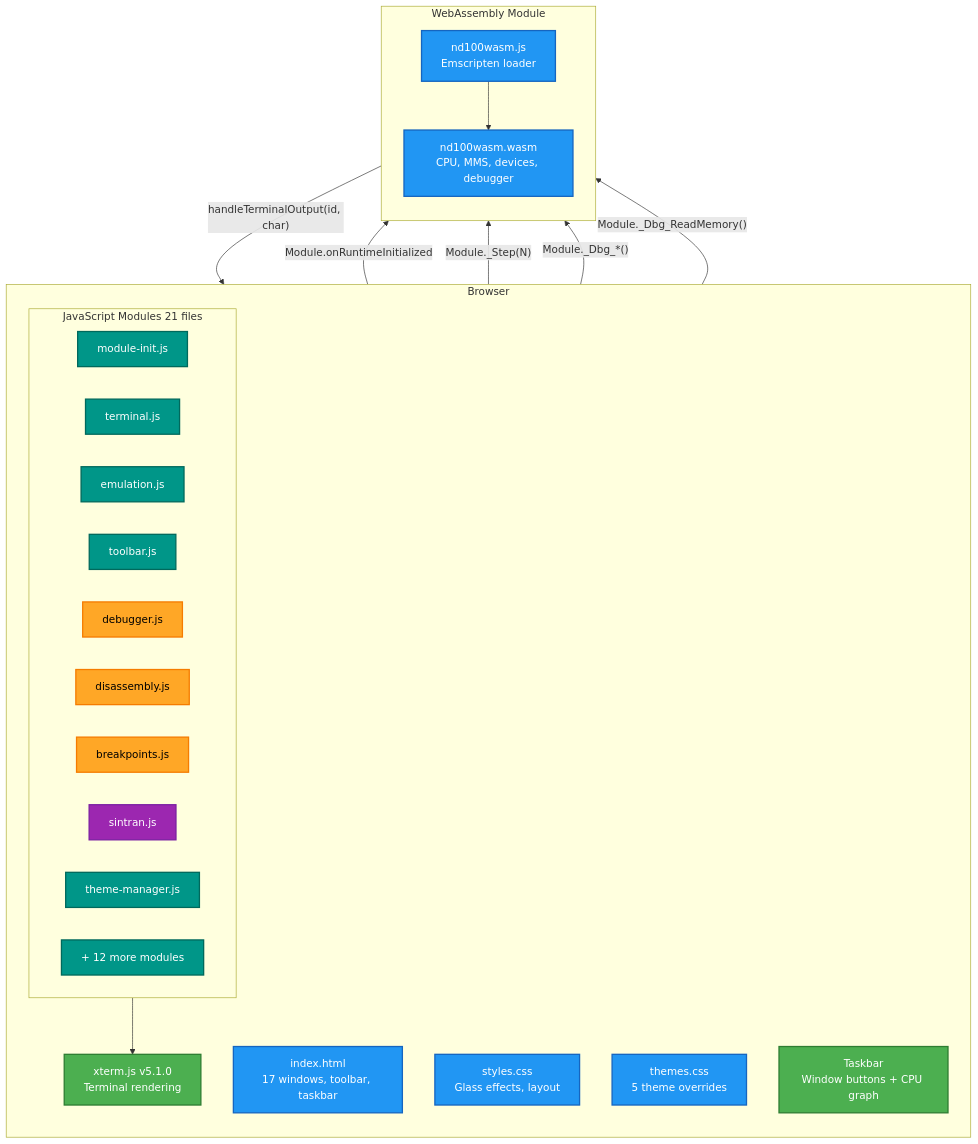
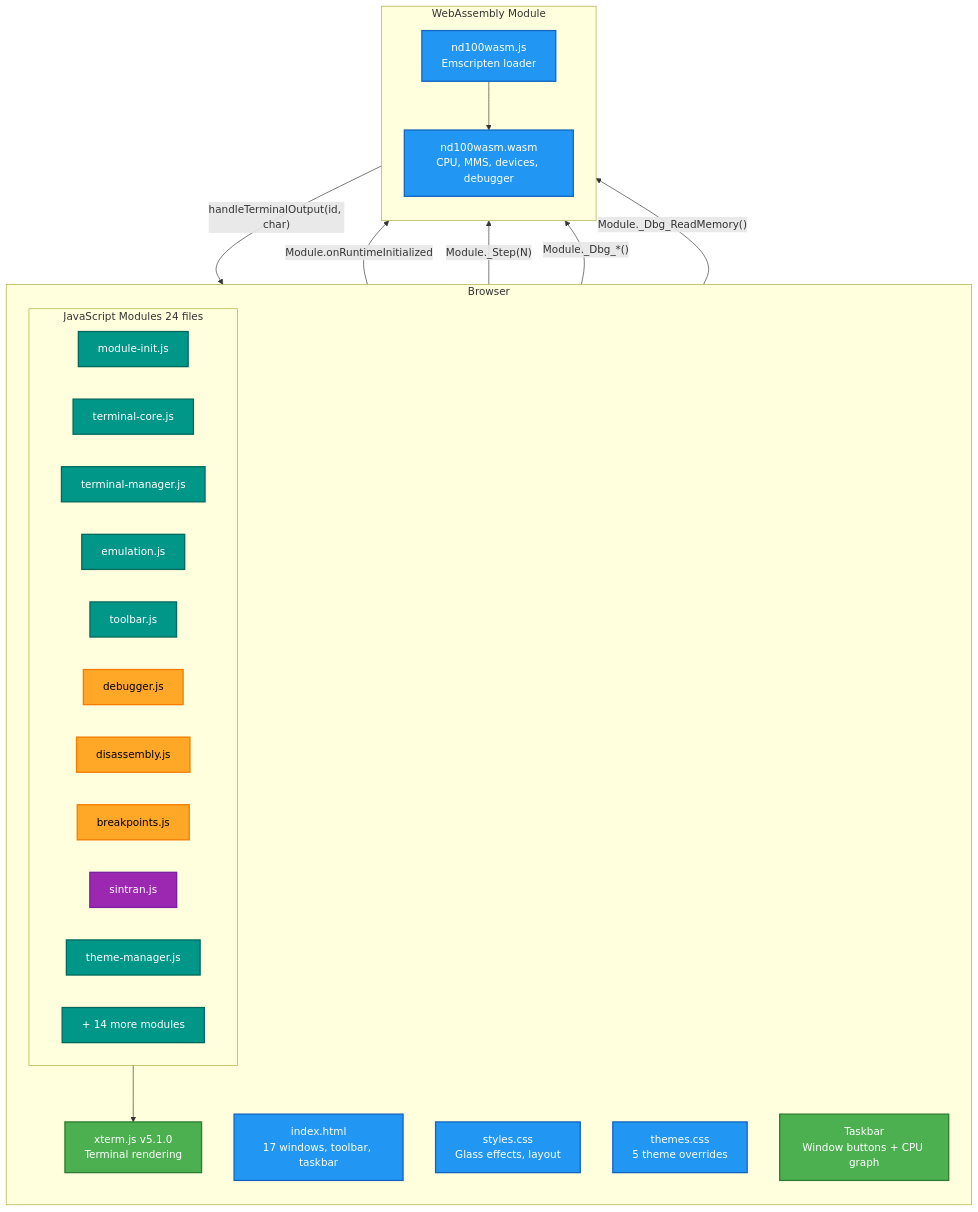
One commit to HackerCorpLabs/nd100x changed the first of 3 diagrams in GLASS.md. Above: the diagram before and after it, drawn with Mermaid. The commit also changed other lines of this file and 13 other files, not shown here.

First line of the commit message:
Migrate terminal code to TypeScript with single source of truth

````diff
--- a/GLASS.md
+++ b/GLASS.md
@@ -49,53 +49,54 @@
 ```mermaid
 flowchart TB
     subgraph Browser
         direction TB
         HTML["index.html<br/>17 windows, toolbar, taskbar"]
         CSS1["styles.css<br/>Glass effects, layout"]
         CSS2["themes.css<br/>5 theme overrides"]
 
-        subgraph JS["JavaScript Modules 21 files"]
+        subgraph JS["JavaScript Modules 24 files"]
             direction LR
             INIT["module-init.js"]
-            TERM["terminal.js"]
+            TCORE["terminal-core.js"]
+            TMGR["terminal-manager.js"]
             EMU["emulation.js"]
             TOOL["toolbar.js"]
             DBG["debugger.js"]
             DISASM["disassembly.js"]
             BP["breakpoints.js"]
             SINT["sintran.js"]
             THEME["theme-manager.js"]
-            MORE["+ 12 more modules"]
+            MORE["+ 14 more modules"]
         end
 
         XTERM["xterm.js v5.1.0<br/>Terminal rendering"]
         TASKBAR["Taskbar<br/>Window buttons + CPU graph"]
     end
 
     subgraph WASM["WebAssembly Module"]
         direction TB
         WASMJS["nd100wasm.js<br/>Emscripten loader"]
         WASMBIN["nd100wasm.wasm<br/>CPU, MMS, devices, debugger"]
     end
 
     INIT -->|"Module.onRuntimeInitialized"| WASMJS
     WASMJS --> WASMBIN
     EMU -->|"Module._Step(N)"| WASMBIN
     DBG -->|"Module._Dbg_*()"| WASMBIN
     SINT -->|"Module._Dbg_ReadMemory()"| WASMBIN
-    WASMBIN -->|"handleTerminalOutput(id, char)"| TERM
-    TERM --> XTERM
+    WASMBIN -->|"handleTerminalOutput(id, char)"| TMGR
+    TMGR --> XTERM
 
     classDef wasm fill:#2196F3,stroke:#1565C0,stroke-width:2px,color:#fff
     classDef jsmod fill:#009688,stroke:#00695C,stroke-width:2px,color:#fff
     classDef debugger fill:#FFA726,stroke:#F57C00,stroke-width:2px,color:#000
     classDef sintran fill:#9C27B0,stroke:#7B1FA2,stroke-width:2px,color:#fff
     classDef terminal fill:#4CAF50,stroke:#2E7D32,stroke-width:2px,color:#fff
 
     class HTML,CSS1,CSS2 wasm
-    class INIT,TERM,EMU,TOOL,THEME,MORE jsmod
+    class INIT,TCORE,TMGR,EMU,TOOL,THEME,MORE jsmod
     class DBG,DISASM,BP debugger
     class SINT sintran
     class XTERM,TASKBAR terminal
     class WASMJS,WASMBIN wasm
 ```
````
